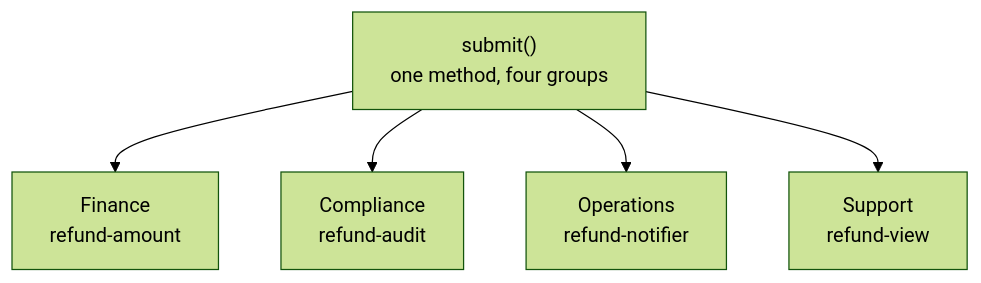
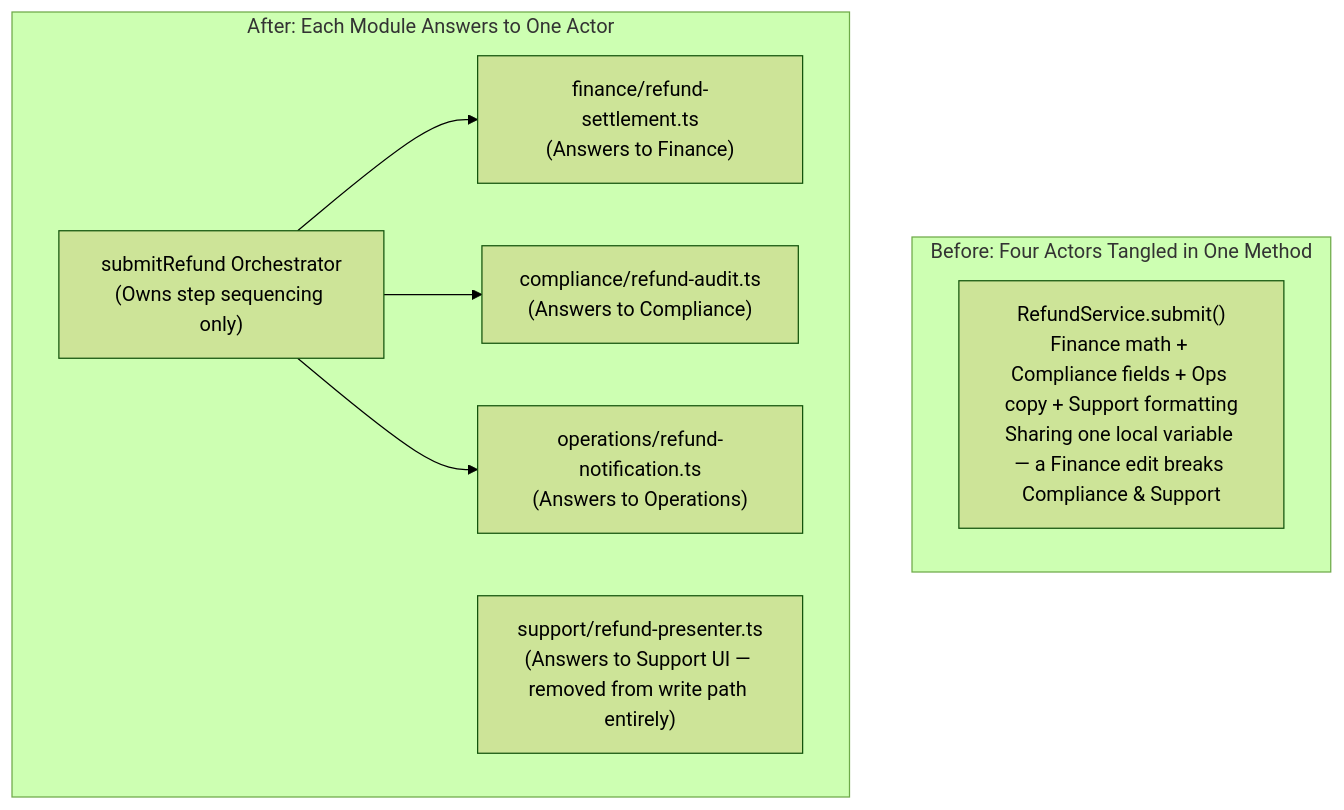
One commit to ffzz/blog changed the first of 2 diagrams in src/content/notes/en/single-responsibility-is-an-actor.md. Above: the diagram before and after it, drawn with Mermaid (forest theme). The commit also changed other lines of this file and 16 other files, not shown here.

````diff
--- a/src/content/notes/en/single-responsibility-is-an-actor.md
+++ b/src/content/notes/en/single-responsibility-is-an-actor.md
@@ -150,7 +168,14 @@
 ```mermaid
 flowchart TB
-    A["submit()<br/>one method, four groups"] --> B["Finance<br/>refund-amount"]
-    A --> C["Compliance<br/>refund-audit"]
-    A --> D["Operations<br/>refund-notifier"]
-    A --> E["Support<br/>refund-view"]
+    subgraph Before["Before: Four Actors Tangled in One Method"]
+        M["RefundService.submit()<br/>Finance math + Compliance fields + Ops copy + Support formatting<br/>Sharing one local variable — a Finance edit breaks Compliance & Support"]
+    end
+
+    subgraph After["After: Each Module Answers to One Actor"]
+        O["submitRefund Orchestrator<br/>(Owns step sequencing only)"]
+        O --> F["finance/refund-settlement.ts<br/>(Answers to Finance)"]
+        O --> C["compliance/refund-audit.ts<br/>(Answers to Compliance)"]
+        O --> N["operations/refund-notification.ts<br/>(Answers to Operations)"]
+        S["support/refund-presenter.ts<br/>(Answers to Support UI — removed from write path entirely)"]
+    end
 ```
````
